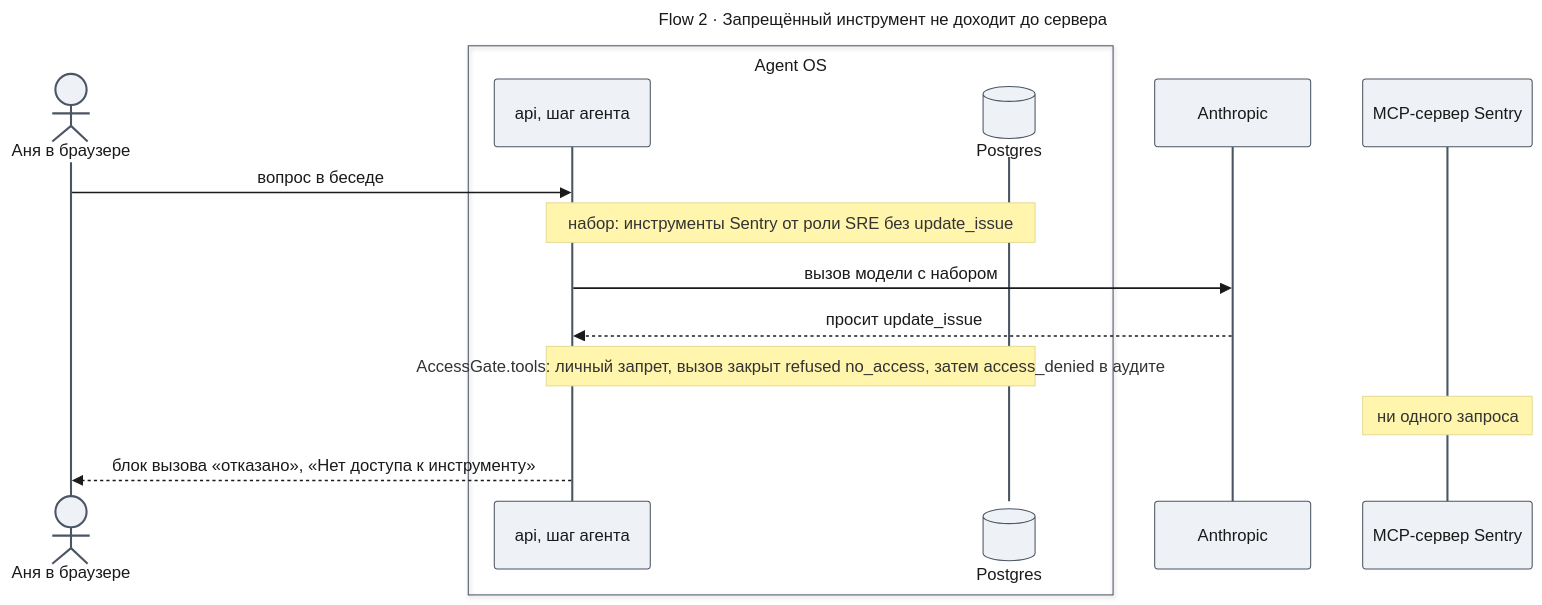
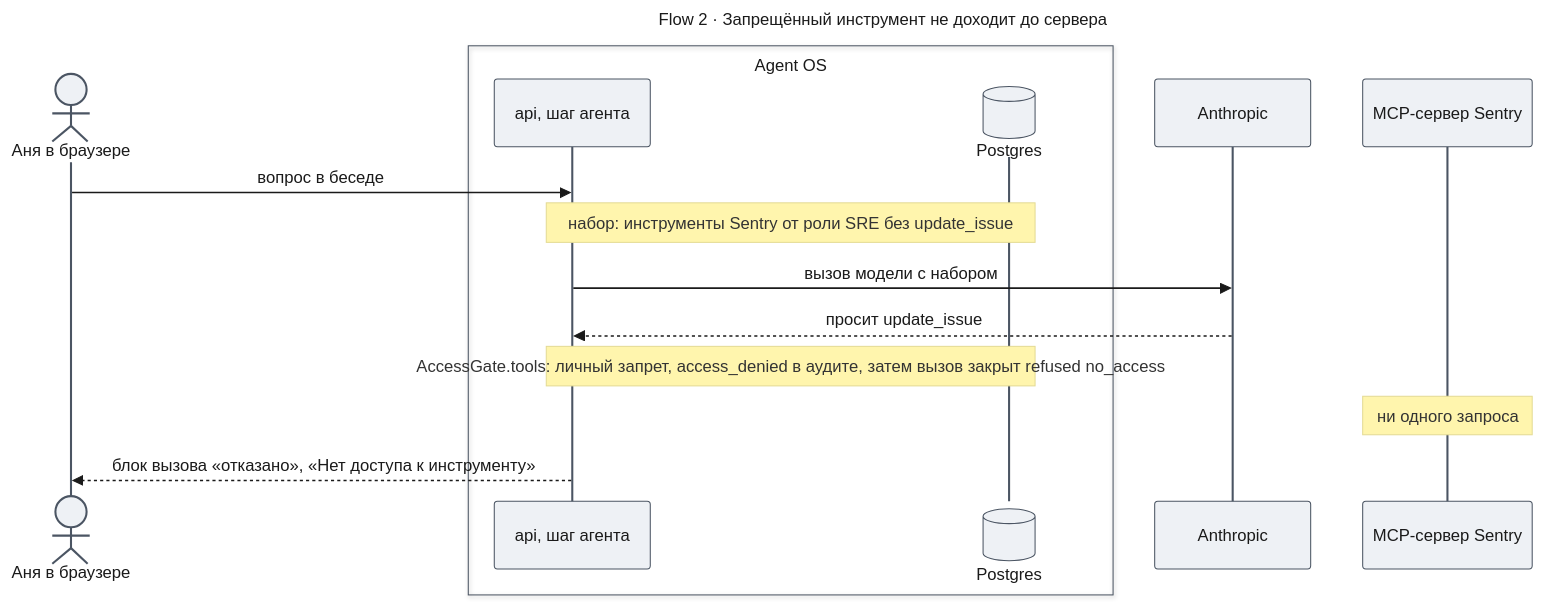
One commit to tundraray/agent-os changed the sixth of 6 diagrams in docs/features/enterprise-access/design-access.md. Above: the diagram before and after it, drawn with Mermaid. The commit also changed other lines of this file and 6 other files, not shown here.

````diff
--- a/docs/features/enterprise-access/design-access.md
+++ b/docs/features/enterprise-access/design-access.md
@@ -475,35 +478,35 @@
 ```mermaid
 ---
 title: "Flow 2 · Запрещённый инструмент не доходит до сервера"
 config:
   theme: base
   look: classic
   themeVariables:
     primaryColor: "#eef1f5"
     primaryBorderColor: "#4b5563"
     primaryTextColor: "#1a1a1a"
     lineColor: "#6b7280"
   themeCSS: |
     @keyframes lit_af4{0%,22.5%{stroke:#991b1b;stroke-width:6px}25%,100%{stroke:#37474f;stroke-width:2px}}
     @keyframes litr_af4{0%,22.5%{stroke:#1d4ed8;stroke-width:6px}25%,100%{stroke:#37474f;stroke-width:2px}}
     .messageLine0[data-id='i0'],.messageLine1[data-id='i0']{animation:lit_af4 4.8s linear 0s infinite}
     .messageLine0[data-id='i2'],.messageLine1[data-id='i2']{animation:lit_af4 4.8s linear 1.2s infinite}
     .messageLine0[data-id='i3'],.messageLine1[data-id='i3']{animation:litr_af4 4.8s linear 2.4s infinite}
     .messageLine0[data-id='i6'],.messageLine1[data-id='i6']{animation:litr_af4 4.8s linear 3.6s infinite}
 ---
 sequenceDiagram
     actor U as Аня в браузере
     box Agent OS
     participant A as api, шаг агента
     participant DB@{ "type": "database" } as Postgres
     end
     participant L as Anthropic
     participant M as MCP-сервер Sentry
     U->>A: вопрос в беседе
     Note over A,DB: набор: инструменты Sentry от роли SRE без update_issue
     A->>L: вызов модели с набором
     L-->>A: просит update_issue
-    Note over A,DB: AccessGate.tools: личный запрет, вызов закрыт refused no_access, затем access_denied в аудите
+    Note over A,DB: AccessGate.tools: личный запрет, access_denied в аудите, затем вызов закрыт refused no_access
     Note over M: ни одного запроса
     A-->>U: блок вызова «отказано», «Нет доступа к инструменту»
 ```
````
